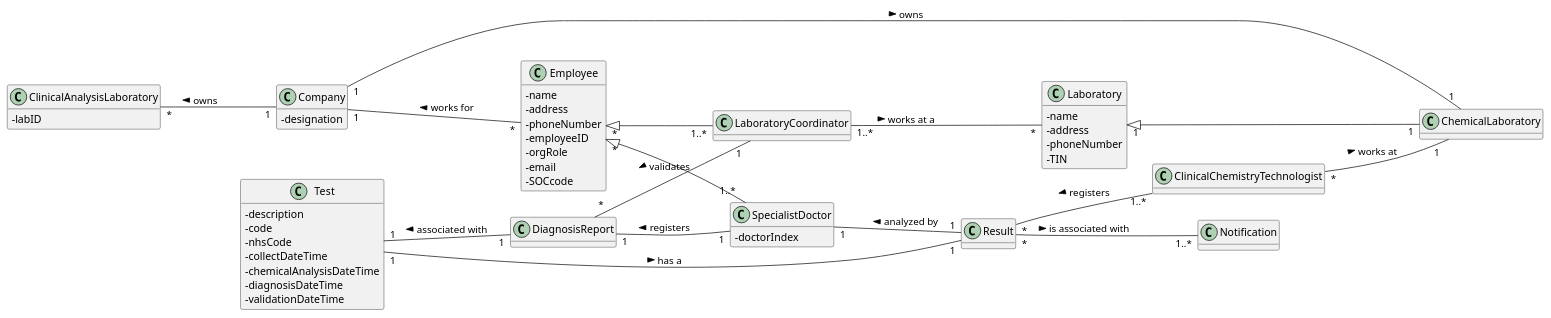
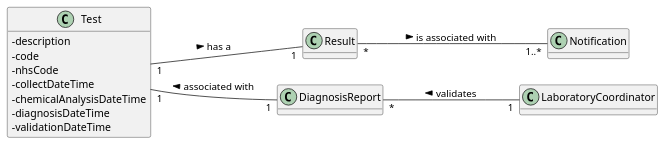
The diagram in docs/SprintC/US15/US15-MD.puml (0franciscor/lei-21-s2-1de-g19), drawn with PlantUML before and after one commit. The commit also changed 13 other files, not shown here.

Commit message:
[US15 e US9] - Alteração dos diagramas SD, CD e SSD, MD

```diff
--- a/docs/SprintC/US15/US15-MD.puml
+++ b/docs/SprintC/US15/US15-MD.puml
@@ -1,99 +1,36 @@
 @startuml
 hide methods
 skinparam classAttributeIconSize 0
 left to right direction
 
-class Company
-class Laboratory
-class ChemicalLaboratory
 class LaboratoryCoordinator
-class Employee
-class ClinicalChemistryTechnologist
-class SpecialistDoctor
 class Result
 class DiagnosisReport
 class Test
 
-Company "1" -- "*" Employee : < works for
-
-Employee "*" <|-- "1..*" LaboratoryCoordinator
-
-ClinicalChemistryTechnologist "*" -- "1" ChemicalLaboratory : > works at
-
-LaboratoryCoordinator "1..*" -- "*" Laboratory: > works at a
-
-ChemicalLaboratory "1" -- "1" Company : < owns
-
-ClinicalAnalysisLaboratory "*" -- "1" Company : < owns
-
-Laboratory "1"  <|-- "1" ChemicalLaboratory
-
-SpecialistDoctor "1" -- "1" Result : < analyzed by
-
-Employee "*" <|-- "1..*" SpecialistDoctor
-
-Result "*" -- "1..*" ClinicalChemistryTechnologist : < registers
 
 Result "*" -- "1..*" Notification : > is associated with
-
-DiagnosisReport "1" -- "1" SpecialistDoctor : < registers
 
 DiagnosisReport "*" -- "1" LaboratoryCoordinator : < validates
 
 Test "1" -- "1" Result : > has a
 
 Test "1" -- "1" DiagnosisReport : < associated with
-
-
-class Company{
--designation
-}
-
-class Laboratory{
--name
--address
--phoneNumber
--TIN
-}
-
-class ChemicalLaboratory{
-}
-
-class ClinicalAnalysisLaboratory{
--labID
-}
-
-class Employee{
--name
--address
--phoneNumber
--employeeID
--orgRole
--email
--SOCcode
-}
-
-class SpecialistDoctor{
--doctorIndex
-}
 
 class Result{
 }
 
 class DiagnosisReport{
 }
 
 class Test{
 -description
 -code
 -nhsCode
 -collectDateTime
 -chemicalAnalysisDateTime
 -diagnosisDateTime
 -validationDateTime
 }
 
-class ClinicalChemistryTechnologist{
-}
-
 @enduml
```
